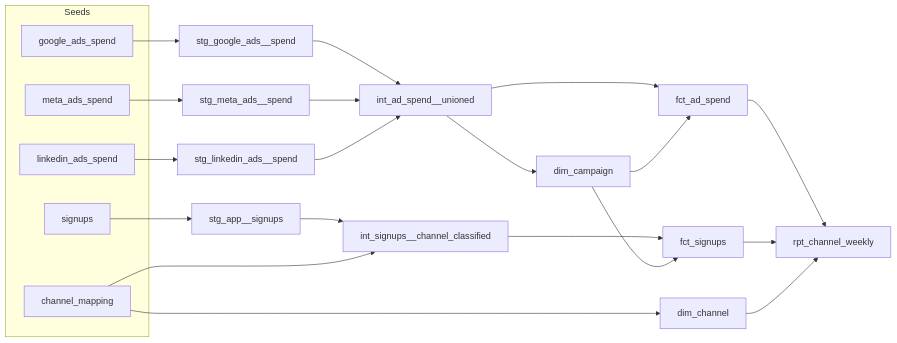
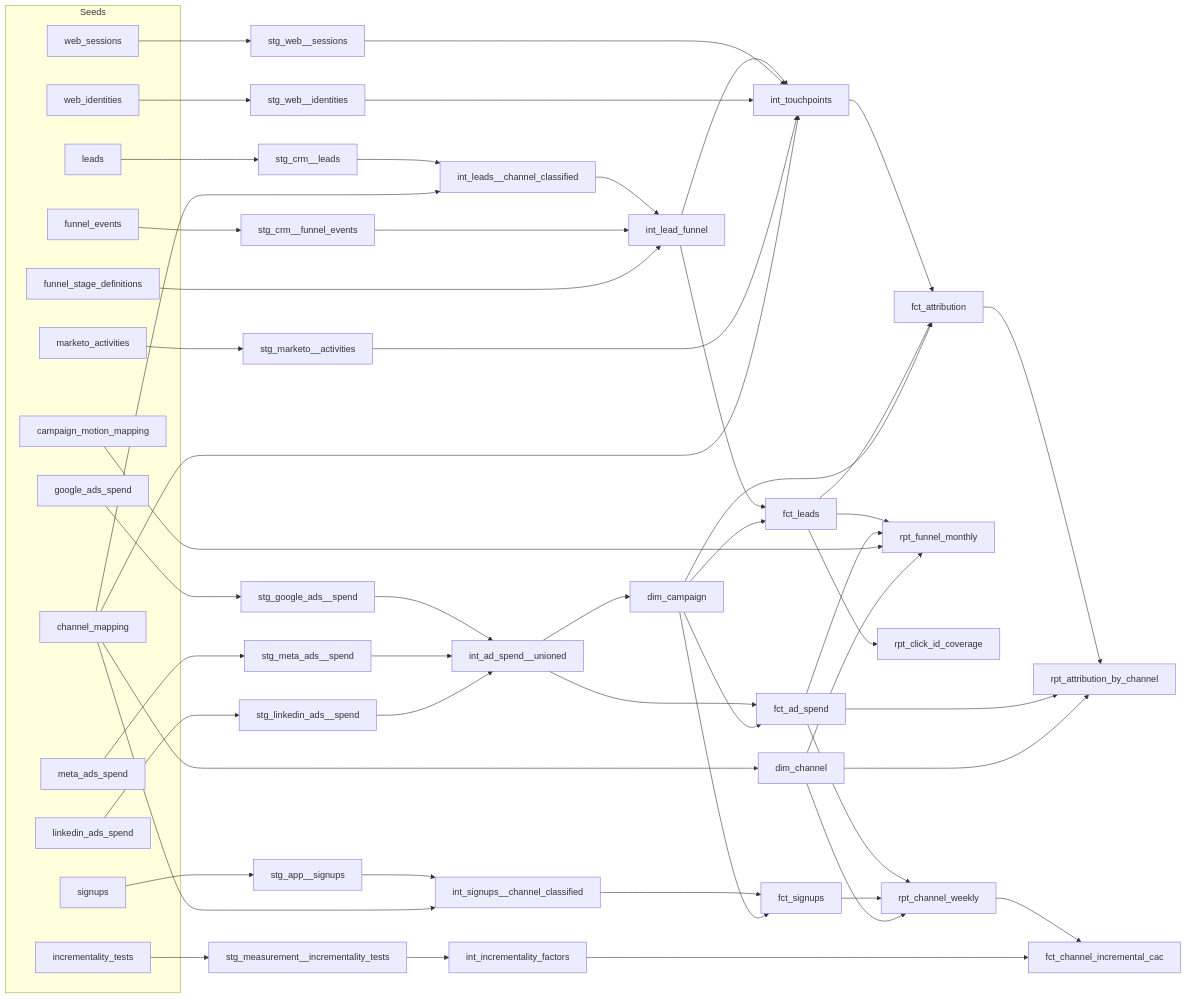
Before and after one commit to tcmiyamoto/paid-media-mart: the diagram in README.md, drawn with Mermaid. The commit also changed other lines of this file and 22 other files, not shown here.

Commit message:
Multi-touch attribution: web + Marketo journeys, first/last/linear/W-shaped models

````diff
--- a/README.md
+++ b/README.md
@@ -11,21 +11,45 @@
 ```mermaid
 flowchart LR
     subgraph Seeds
         G[google_ads_spend]
         M[meta_ads_spend]
         L[linkedin_ads_spend]
         S[signups]
         CM[channel_mapping]
+        IT[incrementality_tests]
+        LD[leads]
+        FE[funnel_events]
+        SD[funnel_stage_definitions]
+        MM[campaign_motion_mapping]
+        WS[web_sessions]
+        WI[web_identities]
+        MA[marketo_activities]
     end
     G --> SG[stg_google_ads__spend]
     M --> SM[stg_meta_ads__spend]
     L --> SL[stg_linkedin_ads__spend]
     S --> SS[stg_app__signups]
     SG & SM & SL --> IU[int_ad_spend__unioned]
     SS & CM --> IC[int_signups__channel_classified]
     IU --> DCa[dim_campaign]
     CM --> DCh[dim_channel]
     IU & DCa --> FA[fct_ad_spend]
     IC & DCa --> FS[fct_signups]
     FA & FS & DCh --> R[rpt_channel_weekly]
+    IT --> ST[stg_measurement__incrementality_tests]
+    ST --> IF[int_incrementality_factors]
+    R & IF --> IC2[fct_channel_incremental_cac]
+    LD --> SLD[stg_crm__leads]
+    FE --> SFE[stg_crm__funnel_events]
+    SLD & CM --> ILC[int_leads__channel_classified]
+    ILC & SFE & SD --> ILF[int_lead_funnel]
+    ILF & DCa --> FL[fct_leads]
+    FL & FA & MM & DCh --> RF[rpt_funnel_monthly]
+    FL --> RC[rpt_click_id_coverage]
+    WS --> SWS[stg_web__sessions]
+    WI --> SWI[stg_web__identities]
+    MA --> SMA[stg_marketo__activities]
+    ILF & SWS & SWI & SMA & CM --> TP[int_touchpoints]
+    TP & FL & DCa --> FAT[fct_attribution]
+    FAT & FA & DCh --> RA[rpt_attribution_by_channel]
 ```
````
